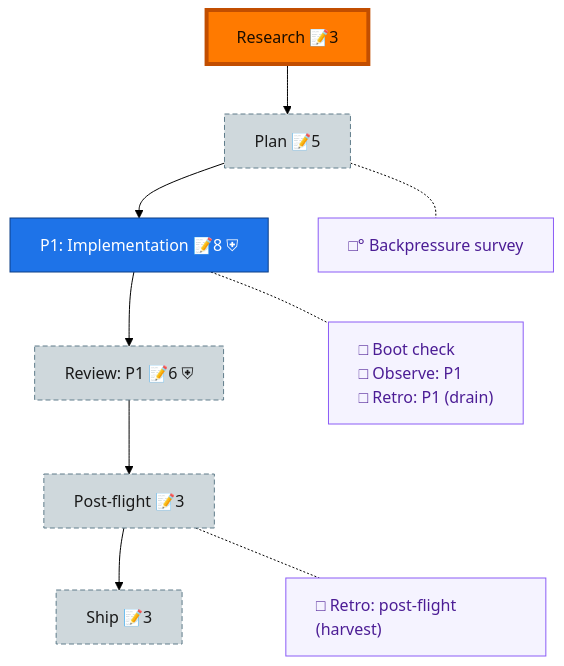
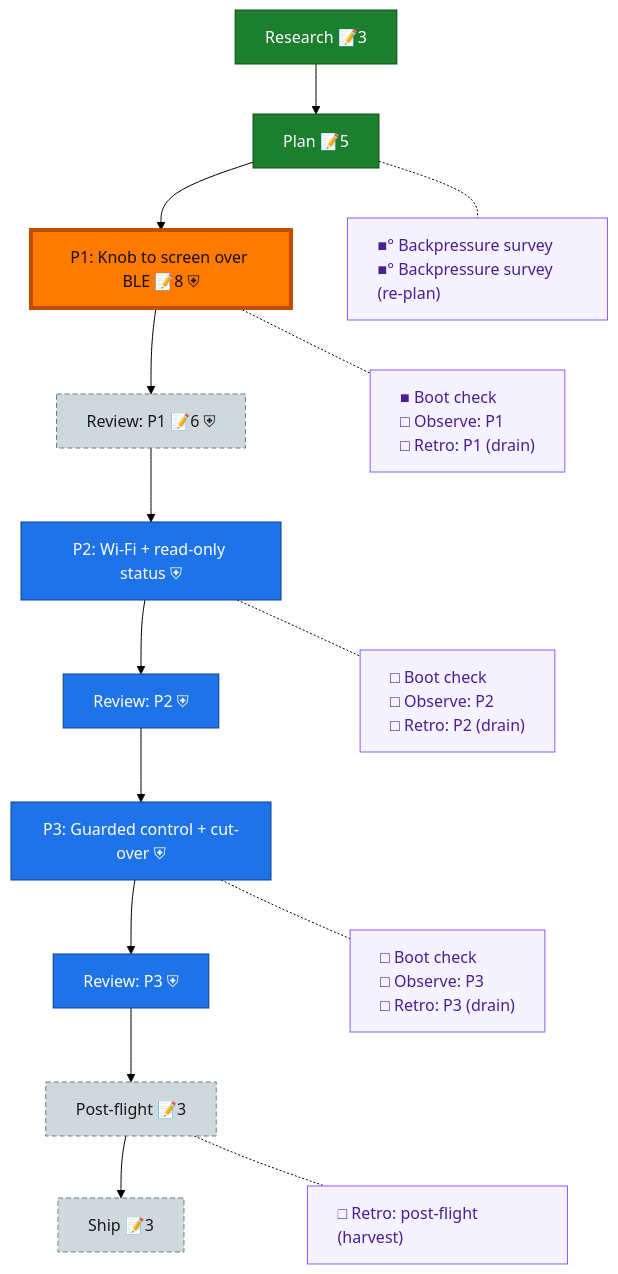
The diagram in docs/plans/002-esp32-bridge/the-flow.md (vaughanknight/bluos-knob), drawn with Mermaid (forest theme) before and after one commit. The commit also changed other lines of this file and 10 other files, not shown here.

First line of the commit message:
docs: plan 002 validated with fixes; flight plan expanded to 3 phases

````diff
--- a/docs/plans/002-esp32-bridge/the-flow.md
+++ b/docs/plans/002-esp32-bridge/the-flow.md
@@ -8,30 +8,39 @@
 ```mermaid
 flowchart TD
-    research["Research 📝3"]:::wip
-    plan["Plan 📝5"]:::assumed
-    phase_1["P1: Implementation 📝8 ⛨"]:::known
+    research["Research 📝3"]:::done
+    plan["Plan 📝5"]:::done
+    phase_1["P1: Knob to screen over BLE 📝8 ⛨"]:::wip
     review_1["Review: P1 📝6 ⛨"]:::assumed
+    phase_2["P2: Wi-Fi + read-only status ⛨"]:::known
+    review_2["Review: P2 ⛨"]:::known
+    phase_3["P3: Guarded control + cut-over ⛨"]:::known
+    review_3["Review: P3 ⛨"]:::known
     post_flight["Post-flight 📝3"]:::assumed
     ship["Ship 📝3"]:::assumed
 
-    research --> plan --> phase_1 --> review_1 --> post_flight --> ship
+    research --> plan --> phase_1 --> review_1 --> phase_2 --> review_2 --> phase_3 --> review_3 --> post_flight --> ship
 
-    planC["□° Backpressure survey"]:::chore
-    phase_1C["□ Boot check<br/>□ Observe: P1<br/>□ Retro: P1 (drain)"]:::chore
+    planC["■° Backpressure survey<br/>■° Backpressure survey (re-plan)"]:::chore
+    phase_1C["■ Boot check<br/>□ Observe: P1<br/>□ Retro: P1 (drain)"]:::chore
+    phase_2C["□ Boot check<br/>□ Observe: P2<br/>□ Retro: P2 (drain)"]:::chore
+    phase_3C["□ Boot check<br/>□ Observe: P3<br/>□ Retro: P3 (drain)"]:::chore
     post_flightC["□ Retro: post-flight (harvest)"]:::chore
 
     %% invisible chain holds the gutter boxes in their own column
-    planC ~~~ phase_1C ~~~ post_flightC
+    planC ~~~ phase_1C ~~~ phase_2C ~~~ phase_3C ~~~ post_flightC
 
     %% dotted links pull each gutter box beside its node
     plan -.- planC
     phase_1 -.- phase_1C
+    phase_2 -.- phase_2C
+    phase_3 -.- phase_3C
     post_flight -.- post_flightC
 
+    classDef done fill:#1B7F2E,stroke:#0F4F1B,color:#fff;
     classDef wip fill:#43C04A,stroke:#1B7F2E,color:#04210A;
     classDef known fill:#1E73E8,stroke:#0D3F86,color:#fff;
     classDef assumed fill:#CFD8DC,stroke:#607D8B,color:#1a1a1a,stroke-dasharray:5 3;
     classDef chore fill:#f5f3ff,stroke:#8b5cf6,color:#4c1d95,text-align:left;
     classDef current fill:#FF7A00,stroke:#C24E00,color:#1a0e00,stroke-width:4px;
-    class research current;
+    class phase_1 current;
 ```
````
